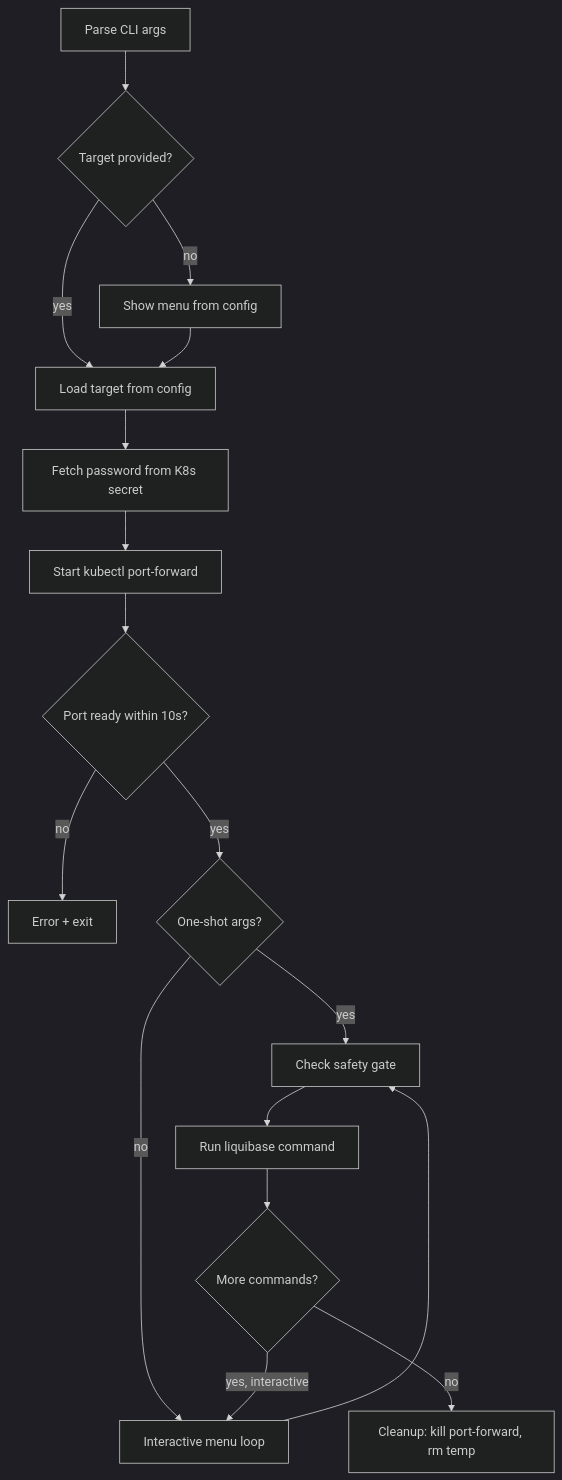
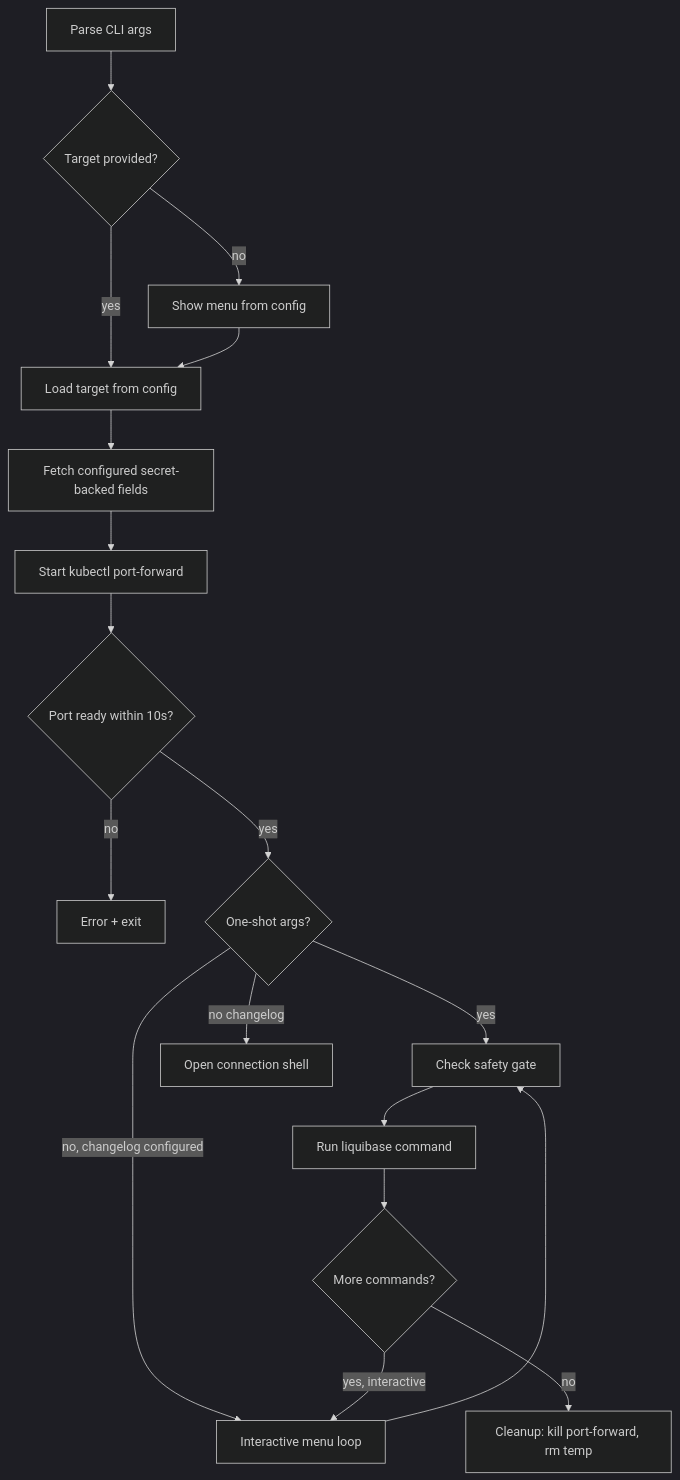
Before and after one commit to the-robot-lives/database-tools: the diagram in docs/liquibase-shell-spec.md, drawn with Mermaid (dark theme). The commit also changed other lines of this file and 2 other files, not shown here.

````diff
--- a/docs/liquibase-shell-spec.md
+++ b/docs/liquibase-shell-spec.md
@@ -157,19 +181,20 @@
 ```mermaid
 graph TD
     A[Parse CLI args] --> B{Target provided?}
     B -->|no| C[Show menu from config]
     B -->|yes| D[Load target from config]
     C --> D
-    D --> E[Fetch password from K8s secret]
+    D --> E[Fetch configured secret-backed fields]
     E --> F[Start kubectl port-forward]
     F --> G{Port ready within 10s?}
     G -->|no| H[Error + exit]
     G -->|yes| I{One-shot args?}
     I -->|yes| J[Check safety gate]
-    I -->|no| K[Interactive menu loop]
+    I -->|no, changelog configured| K[Interactive menu loop]
+    I -->|no changelog| O[Open connection shell]
     J --> L[Run liquibase command]
     K --> J
     L --> M{More commands?}
     M -->|yes, interactive| K
     M -->|no| N[Cleanup: kill port-forward, rm temp]
 ```
````
